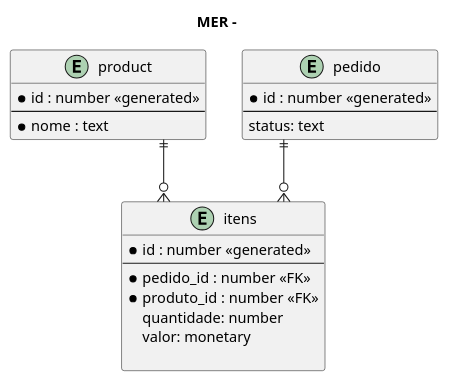
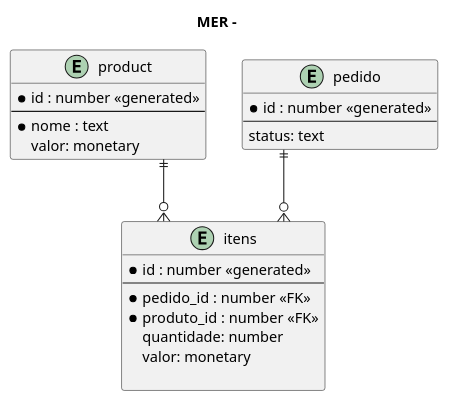
Before and after one commit to sCima/study-apir: the diagram in docs/mer.puml, drawn with PlantUML. The commit also changed 8 other files, not shown here.

```diff
--- a/docs/mer.puml
+++ b/docs/mer.puml
@@ -1,32 +1,33 @@
 @startuml diagram
 
 title MER - 
 
 skinparam linetype ortho
 
 entity "product" as product {
   *id : number <<generated>>
   --
   *nome : text
+  valor: monetary
 }
 
 entity "pedido" as pedido {
   *id : number <<generated>>
   --
   status: text
 }
 
 entity "itens" as itens {
   *id : number <<generated>>
   --
   *pedido_id : number <<FK>>
   *produto_id : number <<FK>>
   quantidade: number
   valor: monetary
  
 }
 
 product ||--o{ itens
 pedido ||--o{ itens
 
 @enduml
```
